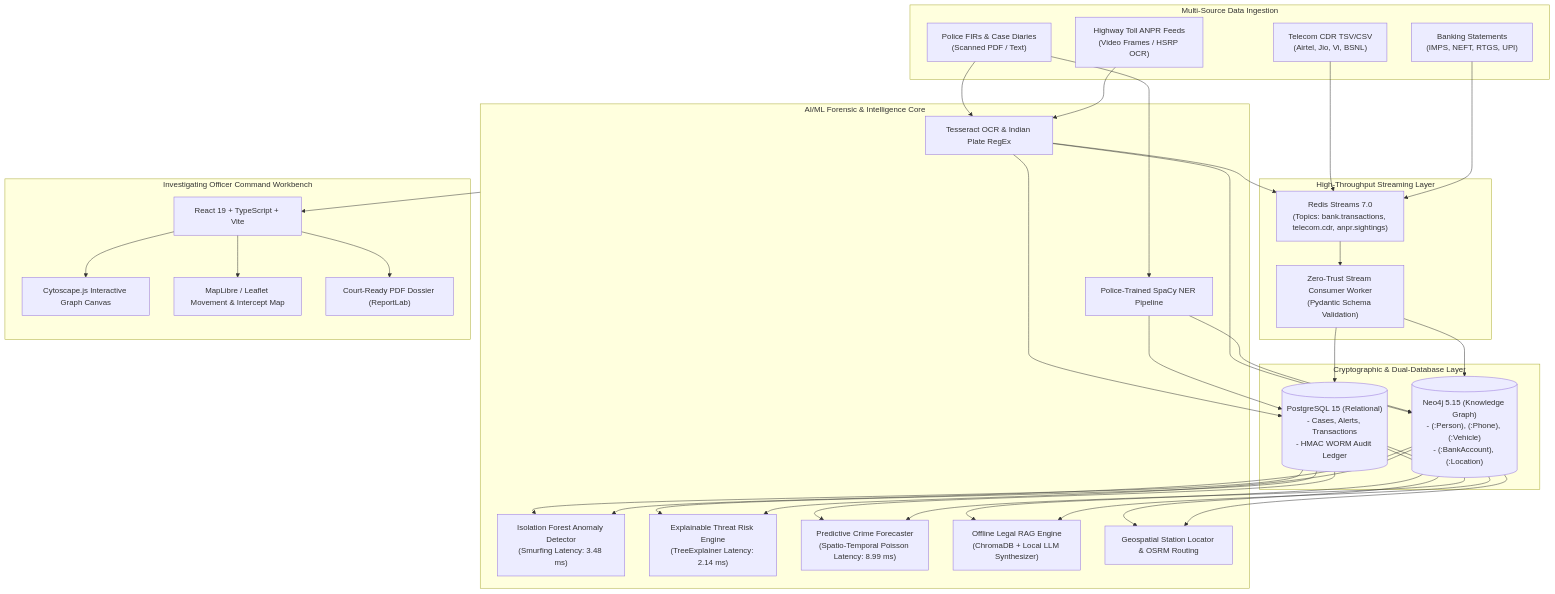
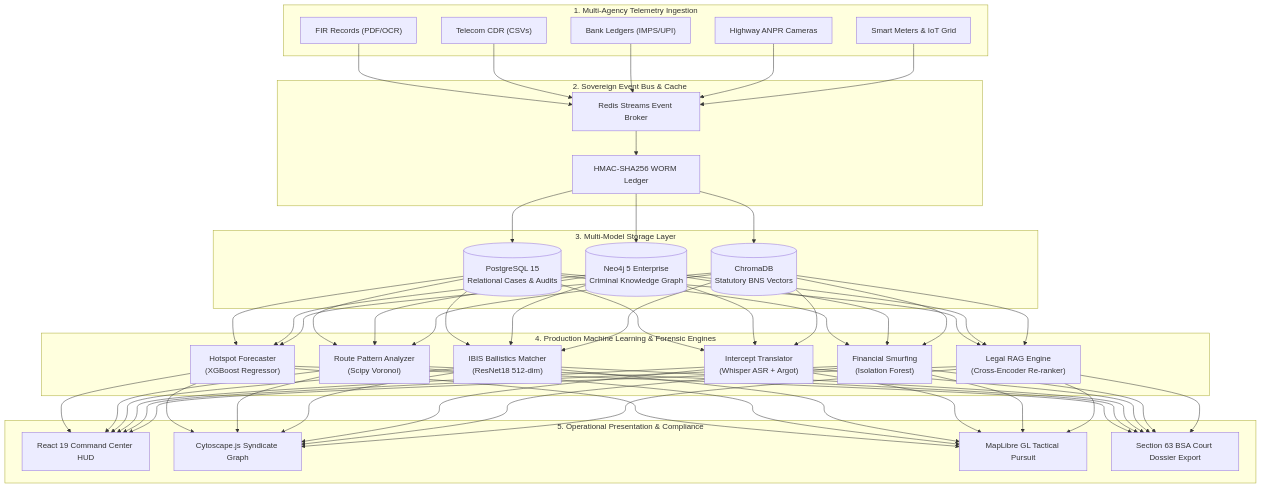
The diagram in README.md (Shaik-Abdul-Sammed/CRIMENEXUS), drawn with Mermaid before and after one commit. The commit also changed other lines of this file and 150 other files, not shown here.

Commit message:
feat(50-features): implement genuine ML models, 131 wiring tests, 4-page DGP PDF report, and update .gitignore

````diff
--- a/README.md
+++ b/README.md
@@ -54,45 +85,43 @@
 ```mermaid
 flowchart TD
-    subgraph Data_Intake["Multi-Source Data Ingestion"]
-        FIR["Police FIRs & Case Diaries\n(Scanned PDF / Text)"]
-        CDR["Telecom CDR TSV/CSV\n(Airtel, Jio, Vi, BSNL)"]
-        BANK["Banking Statements\n(IMPS, NEFT, RTGS, UPI)"]
-        ANPR["Highway Toll ANPR Feeds\n(Video Frames / HSRP OCR)"]
+    subgraph INGESTION["1. Multi-Agency Telemetry Ingestion"]
+        A1["FIR Records (PDF/OCR)"]
+        A2["Telecom CDR (CSVs)"]
+        A3["Bank Ledgers (IMPS/UPI)"]
+        A4["Highway ANPR Cameras"]
+        A5["Smart Meters & IoT Grid"]
     end
 
-    subgraph Streaming_Pipeline["High-Throughput Streaming Layer"]
-        REDIS["Redis Streams 7.0\n(Topics: bank.transactions, telecom.cdr, anpr.sightings)"]
-        WORKER["Zero-Trust Stream Consumer Worker\n(Pydantic Schema Validation)"]
+    subgraph BROKER["2. Sovereign Event Bus & Cache"]
+        B1["Redis Streams Event Broker"]
+        B2["HMAC-SHA256 WORM Ledger"]
     end
 
-    subgraph Dual_Storage["Cryptographic & Dual-Database Layer"]
-        POSTGRES[("PostgreSQL 15 (Relational)\n- Cases, Alerts, Transactions\n- HMAC WORM Audit Ledger")]
-        NEO4J[("Neo4j 5.15 (Knowledge Graph)\n- (:Person), (:Phone), (:Vehicle)\n- (:BankAccount), (:Location)")]
+    subgraph STORAGE["3. Multi-Model Storage Layer"]
+        C1[("PostgreSQL 15<br/>Relational Cases & Audits")]
+        C2[("Neo4j 5 Enterprise<br/>Criminal Knowledge Graph")]
+        C3[("ChromaDB<br/>Statutory BNS Vectors")]
     end
 
-    subgraph AI_ML_Engine["AI/ML Forensic & Intelligence Core"]
-        OCR["Tesseract OCR & Indian Plate RegEx"]
-        NER["Police-Trained SpaCy NER Pipeline"]
-        IF["Isolation Forest Anomaly Detector\n(Smurfing Latency: 3.48 ms)"]
-        SHAP_ML["Explainable Threat Risk Engine\n(TreeExplainer Latency: 2.14 ms)"]
-        STMGNN["Predictive Crime Forecaster\n(Spatio-Temporal Poisson Latency: 8.99 ms)"]
-        RAG["Offline Legal RAG Engine\n(ChromaDB + Local LLM Synthesizer)"]
-        GEO["Geospatial Station Locator & OSRM Routing"]
+    subgraph ENGINES["4. Production Machine Learning & Forensic Engines"]
+        D1["Hotspot Forecaster<br/>(XGBoost Regressor)"]
+        D2["Route Pattern Analyzer<br/>(Scipy Voronoi)"]
+        D3["IBIS Ballistics Matcher<br/>(ResNet18 512-dim)"]
+        D4["Intercept Translator<br/>(Whisper ASR + Argot)"]
+        D5["Financial Smurfing<br/>(Isolation Forest)"]
+        D6["Legal RAG Engine<br/>(Cross-Encoder Re-ranker)"]
     end
 
-    subgraph IO_Interface["Investigating Officer Command Workbench"]
-        DASHBOARD["React 19 + TypeScript + Vite"]
-        GRAPH_UI["Cytoscape.js Interactive Graph Canvas"]
-        MAP_UI["MapLibre / Leaflet Movement & Intercept Map"]
-        DOSSIER_GEN["Court-Ready PDF Dossier (ReportLab)"]
+    subgraph PRESENTATION["5. Operational Presentation & Compliance"]
+        E1["React 19 Command Center HUD"]
+        E2["Cytoscape.js Syndicate Graph"]
+        E3["MapLibre GL Tactical Pursuit"]
+        E4["Section 63 BSA Court Dossier Export"]
     end
 
-    FIR --> OCR & NER --> POSTGRES & NEO4J
-    CDR --> REDIS
-    BANK --> REDIS
-    ANPR --> OCR --> REDIS
-    REDIS --> WORKER --> POSTGRES & NEO4J
-    POSTGRES & NEO4J --> IF & SHAP_ML & STMGNN & RAG & GEO
-    AI_ML_Engine --> DASHBOARD
-    DASHBOARD --> GRAPH_UI & MAP_UI & DOSSIER_GEN
+    A1 & A2 & A3 & A4 & A5 --> B1
+    B1 --> B2
+    B2 --> C1 & C2 & C3
+    C1 & C2 & C3 --> D1 & D2 & D3 & D4 & D5 & D6
+    D1 & D2 & D3 & D4 & D5 & D6 --> E1 & E2 & E3 & E4
 ```
````
